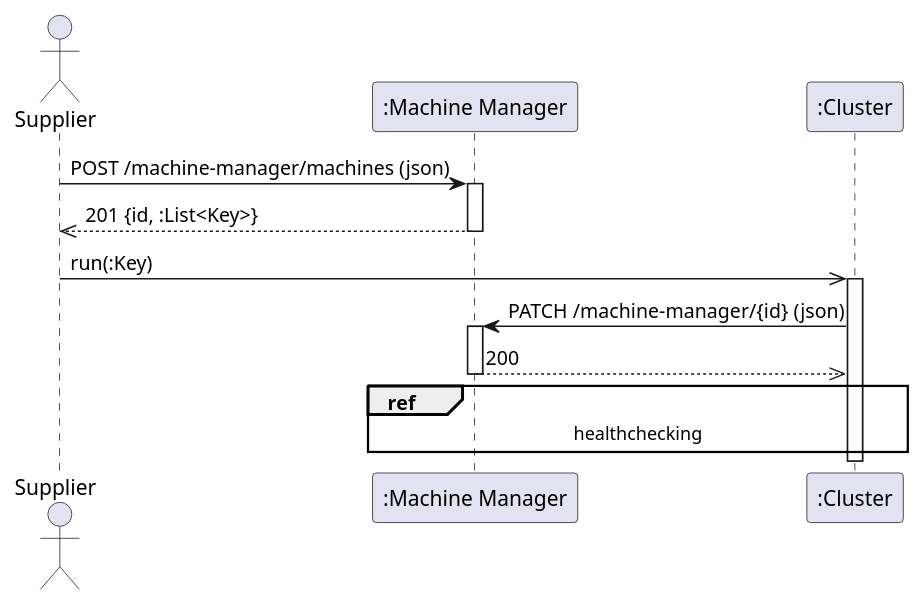
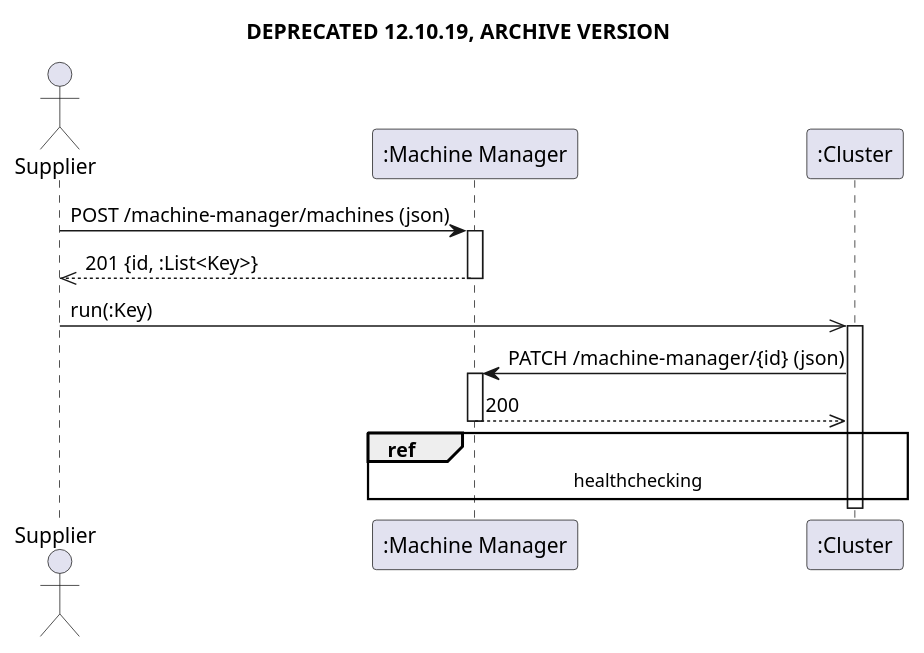
One commit to cetlinB/docs changed the diagram in sequences/registerCluster/registerCluster.puml. Above: the diagram before and after it, drawn with PlantUML. The commit also changed 6 other files, not shown here.

```diff
--- a/sequences/registerCluster/registerCluster.puml
+++ b/sequences/registerCluster/registerCluster.puml
@@ -1,21 +1,23 @@
 @startuml
+
+title DEPRECATED 12.10.19, ARCHIVE VERSION
 
 actor "Supplier" as AS
 participant ":Machine Manager" as CM
 participant ":Cluster" as CC
 
 AS -> CM : POST /machine-manager/machines (json)
 activate CM
 CM -->> AS : 201 {id, :List<Key>}
 deactivate CM
 
 AS ->> CC : run(:Key)
 activate CC
 CC -> CM : PATCH /machine-manager/{id} (json)
 activate CM
 CM -->> CC : 200
 deactivate CM
 
 ref over CC, CM : healthchecking
 
 @enduml
```
